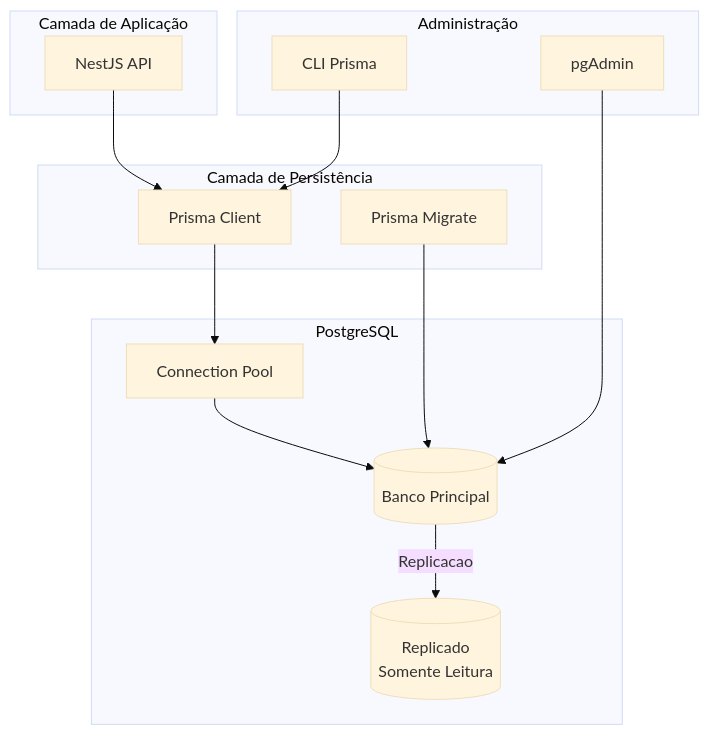
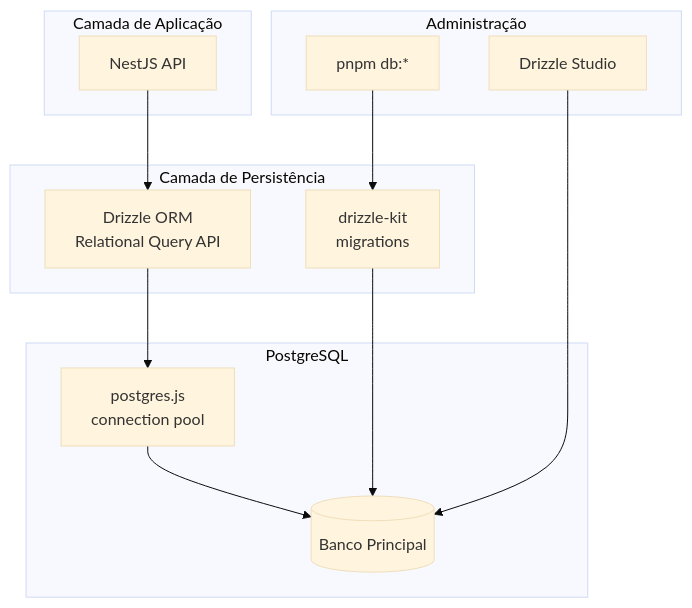
Before and after one commit to TROCA-AULA/troca-aula-backend: the first of 2 diagrams in docs/06-modelo-dados.md, drawn with Mermaid (base theme). The commit also changed other lines of this file, not shown here.

First line of the commit message:
docs(modelo-dados): reescreve com o schema Drizzle real (13 tabelas)

````diff
--- a/docs/06-modelo-dados.md
+++ b/docs/06-modelo-dados.md
@@ -11,30 +13,28 @@
 ```mermaid
 graph TB
     subgraph "Camada de Aplicação"
         APP[NestJS API]
     end
-    
+
     subgraph "Camada de Persistência"
-        PRISMA[Prisma Client]
-        MIGRATE[Prisma Migrate]
+        DRIZZLE[Drizzle ORM<br/>Relational Query API]
+        MIGRATE[drizzle-kit<br/>migrations]
     end
-    
+
     subgraph "PostgreSQL"
-        POOL[Connection Pool]
+        DRIVER[postgres.js<br/>connection pool]
         MAIN[(Banco Principal)]
-        REPLICA[(Replicado<br/>Somente Leitura)]
     end
-    
+
     subgraph "Administração"
-        PGADMIN[pgAdmin]
-        CLI[CLI Prisma]
+        DSTUDIO[Drizzle Studio]
+        CLI[pnpm db:*]
     end
-    
-    APP --> PRISMA
-    PRISMA --> POOL
-    POOL --> MAIN
-    MAIN -->|Replicacao| REPLICA
+
+    APP --> DRIZZLE
+    DRIZZLE --> DRIVER
+    DRIVER --> MAIN
     MIGRATE --> MAIN
-    CLI --> PRISMA
-    PGADMIN --> MAIN
+    DSTUDIO --> MAIN
+    CLI --> MIGRATE
 ```
````
